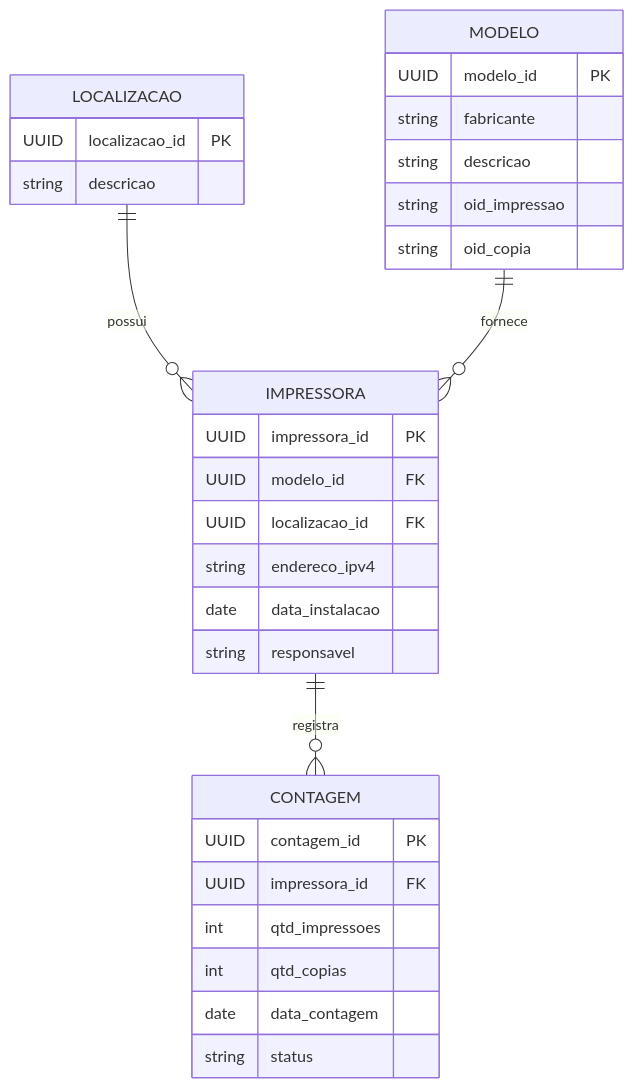
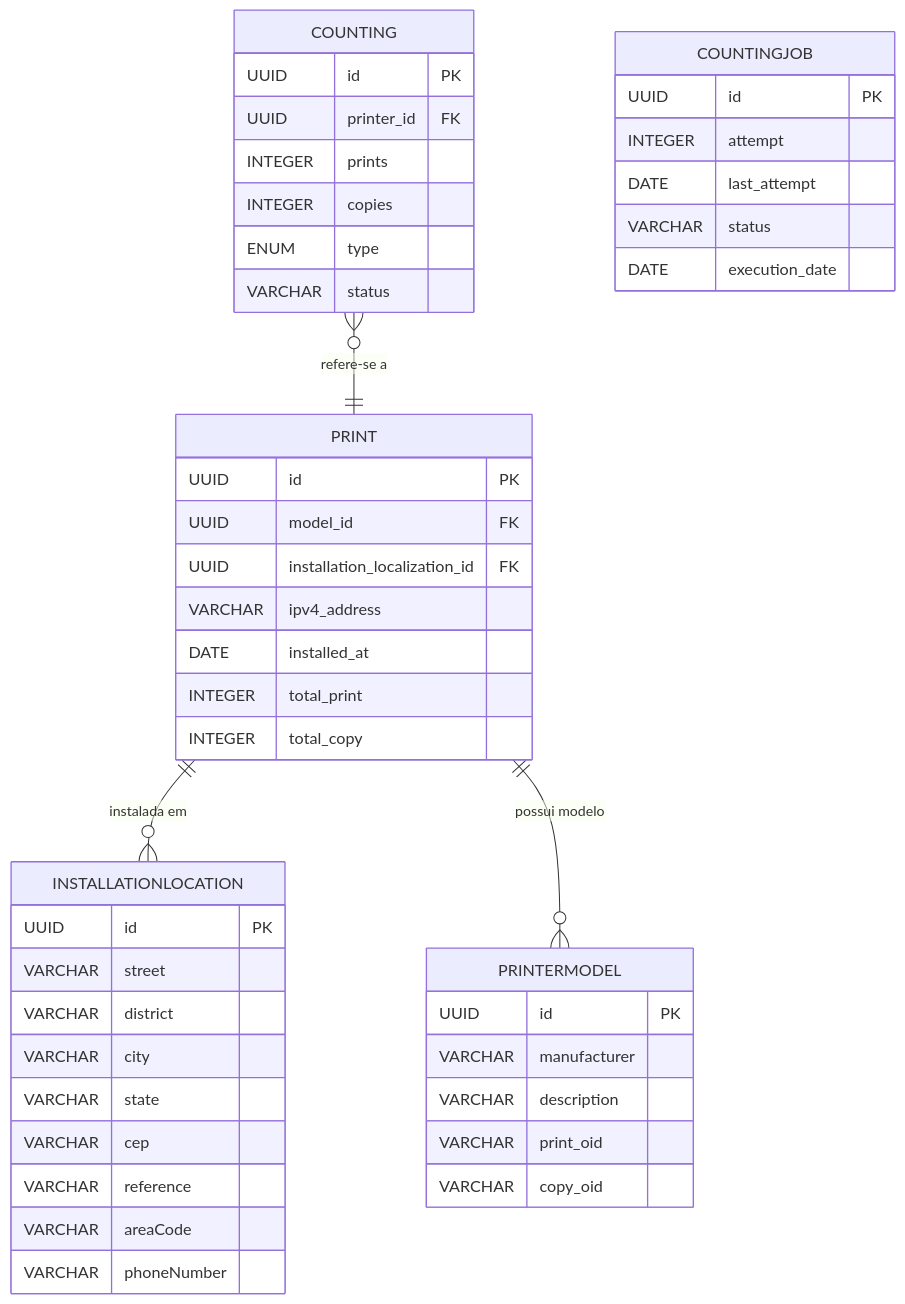
The diagram in docs/modelagem-de-dados.md (vieira-a/Printly.Backend), drawn with Mermaid before and after one commit. The commit also changed other lines of this file and 5 other files, not shown here.

````diff
--- a/docs/modelagem-de-dados.md
+++ b/docs/modelagem-de-dados.md
@@ -46,37 +64,54 @@
 ```mermaid
 erDiagram
-    LOCALIZACAO ||--o{ IMPRESSORA : possui
-    MODELO ||--o{ IMPRESSORA : fornece
-    IMPRESSORA ||--o{ CONTAGEM : registra
-
-    LOCALIZACAO {
-        UUID localizacao_id PK
-        string descricao
+    PRINT {
+        UUID id PK
+        UUID model_id FK
+        UUID installation_localization_id FK
+        VARCHAR ipv4_address
+        DATE installed_at
+        INTEGER total_print
+        INTEGER total_copy
     }
 
-    MODELO {
-        UUID modelo_id PK
-        string fabricante
-        string descricao
-        string oid_impressao
-        string oid_copia
+    INSTALLATIONLOCATION {
+        UUID id PK
+        VARCHAR street
+        VARCHAR district
+        VARCHAR city
+        VARCHAR state
+        VARCHAR cep
+        VARCHAR reference
+        VARCHAR areaCode
+        VARCHAR phoneNumber
     }
 
-    IMPRESSORA {
-        UUID impressora_id PK
-        UUID modelo_id FK
-        UUID localizacao_id FK
-        string endereco_ipv4
-        date data_instalacao
-        string responsavel
+    PRINTERMODEL {
+        UUID id PK
+        VARCHAR manufacturer
+        VARCHAR description
+        VARCHAR print_oid
+        VARCHAR copy_oid
     }
 
-    CONTAGEM {
-        UUID contagem_id PK
-        UUID impressora_id FK
-        int qtd_impressoes
-        int qtd_copias
-        date data_contagem
-        string status
+    COUNTING {
+        UUID id PK
+        UUID printer_id FK
+        INTEGER prints
+        INTEGER copies
+        ENUM type
+        VARCHAR status
     }
+
+    COUNTINGJOB {
+        UUID id PK
+        INTEGER attempt
+        DATE last_attempt
+        VARCHAR status
+        DATE execution_date
+    }
+
+    %% RELATIONSHIPS
+    PRINT ||--o{ INSTALLATIONLOCATION : "instalada em"
+    PRINT ||--o{ PRINTERMODEL : "possui modelo"
+    COUNTING }o--|| PRINT : "refere-se a"
 ```
````
